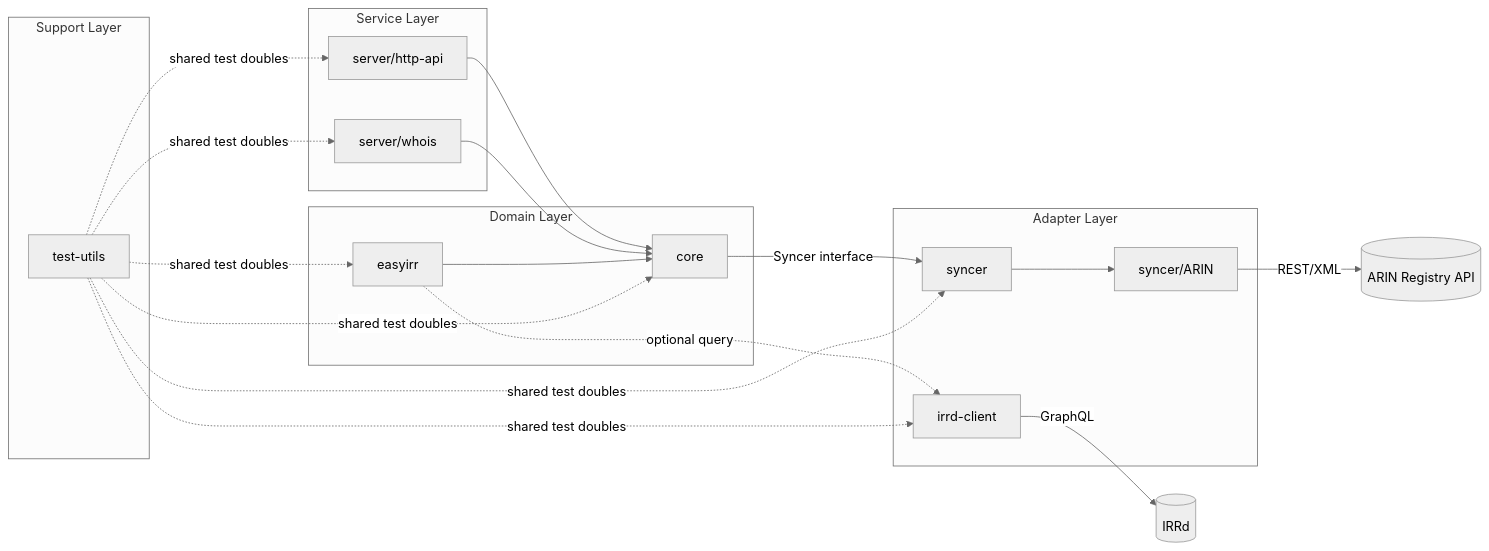
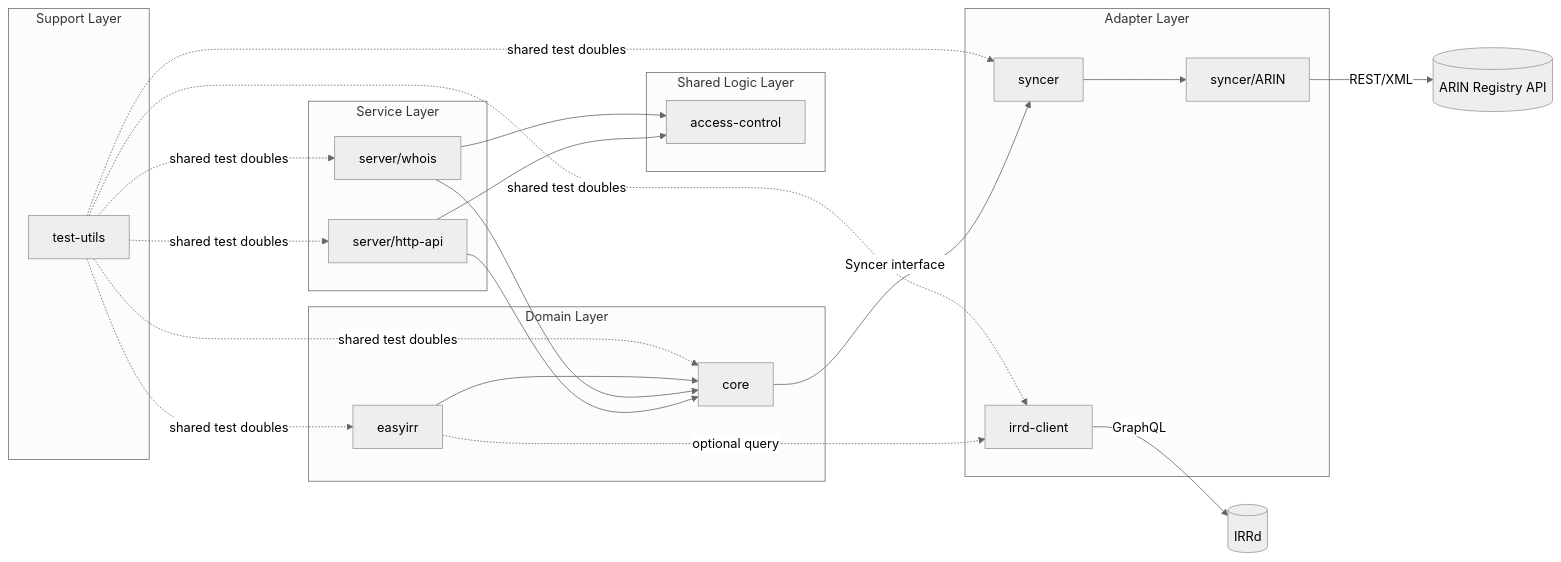
The diagram in docs/architecture.md (sunoaki/mitei), drawn with Mermaid (neutral theme) before and after one commit. The commit also changed other lines of this file and 20 other files, not shown here.

First line of the commit message:
feat@acl: introduce access control module for authorization logic

````diff
--- a/docs/architecture.md
+++ b/docs/architecture.md
@@ -8,41 +8,47 @@
 ```mermaid
 flowchart LR
     subgraph ServiceLayer[Service Layer]
         HTTP[server/http-api]
         WHOIS[server/whois]
+    end
+
+    subgraph SharedLayer[Shared Logic Layer]
+        ACL[access-control]
     end
 
     subgraph DomainLayer[Domain Layer]
         CORE[core]
         EIRR[easyirr]
     end
 
     subgraph AdapterLayer[Adapter Layer]
         IRRD[irrd-client]
         SYNC[syncer]
         ARIN[syncer/ARIN]
     end
 
     subgraph SupportLayer[Support Layer]
         TESTU[test-utils]
     end
 
     HTTP --> CORE
     WHOIS --> CORE
+    HTTP --> ACL
+    WHOIS --> ACL
 
     EIRR --> CORE
     EIRR -. optional query .-> IRRD
 
     CORE -->|Syncer interface| SYNC
     SYNC --> ARIN
     ARIN -->|REST/XML| EXTARIN[(ARIN Registry API)]
 
     IRRD -->|GraphQL| EXTIRRD[(IRRd)]
 
     TESTU -. shared test doubles .-> CORE
     TESTU -. shared test doubles .-> EIRR
     TESTU -. shared test doubles .-> IRRD
     TESTU -. shared test doubles .-> SYNC
     TESTU -. shared test doubles .-> HTTP
     TESTU -. shared test doubles .-> WHOIS
 ```
````
